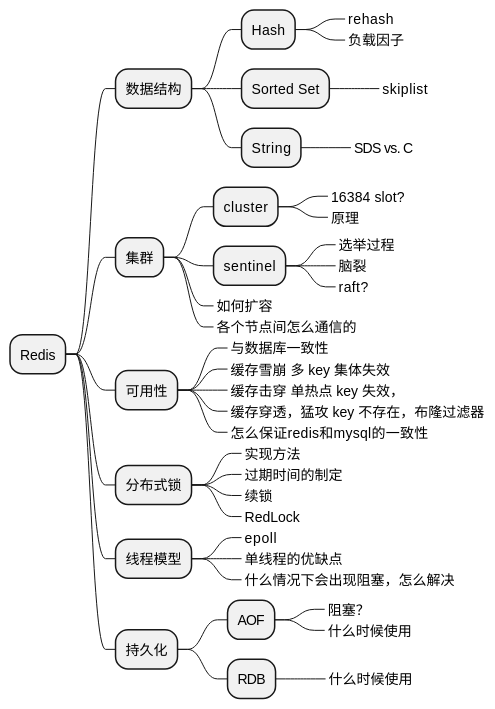
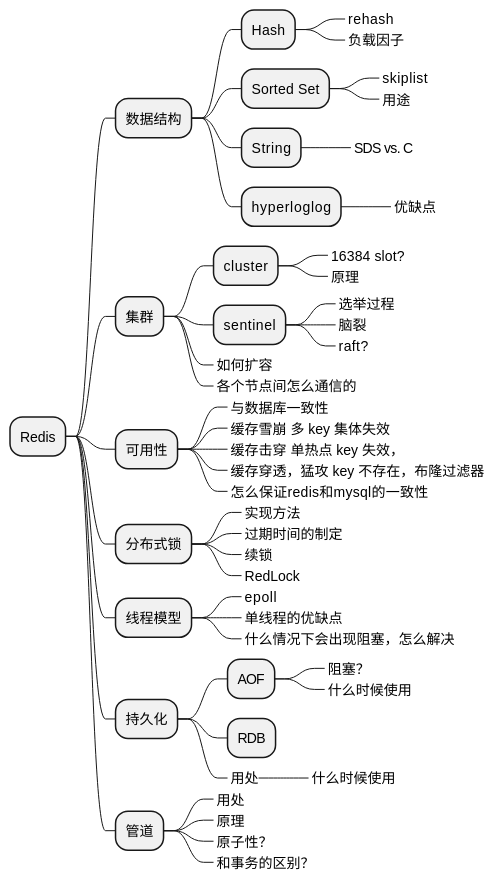
One commit to Gh0st99/Gh0st99.github.io changed the sixth of 11 diagrams in _posts/2021-05-27-查漏补缺.md. Above: the diagram before and after it, drawn with PlantUML. The commit also changed other lines of this file and 1 other file, not shown here.

````diff
--- a/_posts/2021-05-27-查漏补缺.md
+++ b/_posts/2021-05-27-查漏补缺.md
@@ -324,52 +369,63 @@
 ```plantuml
 @startmindmap
 * Redis
 ** 数据结构
 *** Hash
 ****_ rehash
 ****_ 负载因子
 *** Sorted Set
 ****_ skiplist
+****_ 用途
 *** String
 ****_ SDS vs. C
+*** hyperloglog
+****_ 优缺点
 
 
 ** 集群
 *** cluster
 ****_ 16384 slot?
 ****_ 原理
 
 *** sentinel
 ****_ 选举过程
 ****_ 脑裂
 ****_ raft?
 
 ***_ 如何扩容
 ***_ 各个节点间怎么通信的
 
 ** 可用性
 ***_ 与数据库一致性
 ***_ 缓存雪崩 多 key 集体失效
 ***_ 缓存击穿 单热点 key 失效，
 ***_ 缓存穿透，猛攻 key 不存在，布隆过滤器
 ***_ 怎么保证redis和mysql的一致性
 
 ** 分布式锁
 ***_ 实现方法
 ***_ 过期时间的制定
 ***_ 续锁
 ***_ RedLock
 
 ** 线程模型
 ***_ epoll
 ***_ 单线程的优缺点
 ***_ 什么情况下会出现阻塞，怎么解决
 
 ** 持久化
 *** AOF
 ****_ 阻塞？
 ****_ 什么时候使用
 *** RDB
+***_ 用处
 ****_ 什么时候使用
+
+** 管道
+***_ 用处
+***_ 原理
+***_ 原子性？
+***_ 和事务的区别？
+
 @endmindmap
 ```
````
